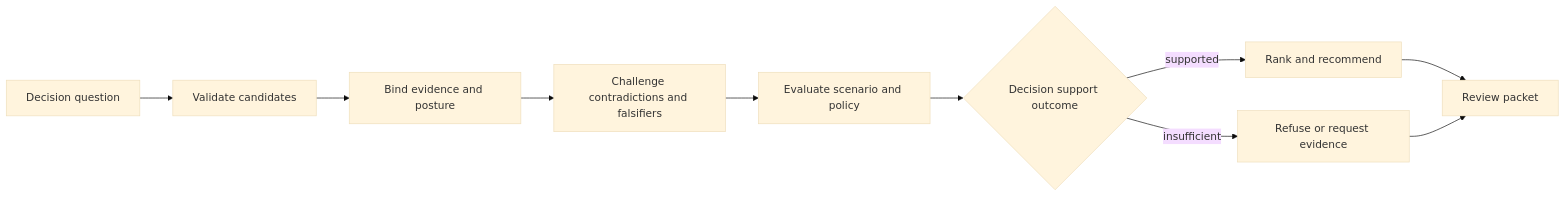
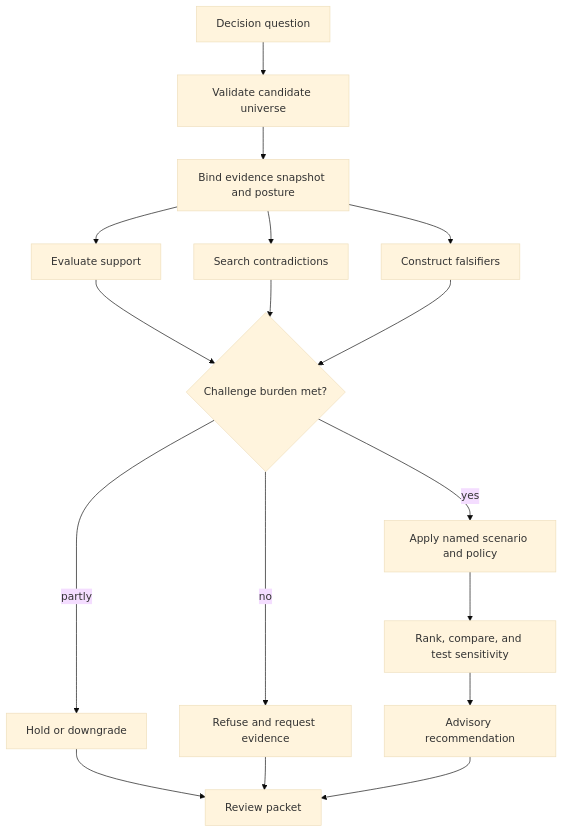
Before and after one commit to bijux/bijux-proteomics: the first of 2 diagrams in docs/05-bijux-proteomics-intelligence/architecture/execution-model.md, drawn with Mermaid (base theme). The commit also changed other lines of this file and 2 other files, not shown here.

Commit message:
docs(intelligence): expose challenge burden and decision authority

````diff
--- a/docs/05-bijux-proteomics-intelligence/architecture/execution-model.md
+++ b/docs/05-bijux-proteomics-intelligence/architecture/execution-model.md
@@ -14,12 +14,19 @@
 ```mermaid
-flowchart LR
-    Q[Decision question] --> V[Validate candidates]
-    V --> E[Bind evidence and posture]
-    E --> C[Challenge contradictions and falsifiers]
-    C --> S[Evaluate scenario and policy]
-    S --> D{Decision support outcome}
-    D -->|supported| R[Rank and recommend]
-    D -->|insufficient| F[Refuse or request evidence]
-    R --> P[Review packet]
-    F --> P
+flowchart TD
+    Q[Decision question] --> V[Validate candidate universe]
+    V --> E[Bind evidence snapshot and posture]
+    E --> S[Evaluate support]
+    E --> C[Search contradictions]
+    E --> F[Construct falsifiers]
+    S --> B{Challenge burden met?}
+    C --> B
+    F --> B
+    B -->|yes| P[Apply named scenario and policy]
+    B -->|partly| H[Hold or downgrade]
+    B -->|no| X[Refuse and request evidence]
+    P --> R[Rank, compare, and test sensitivity]
+    R --> A[Advisory recommendation]
+    H --> O[Review packet]
+    X --> O
+    A --> O
 ```
````
